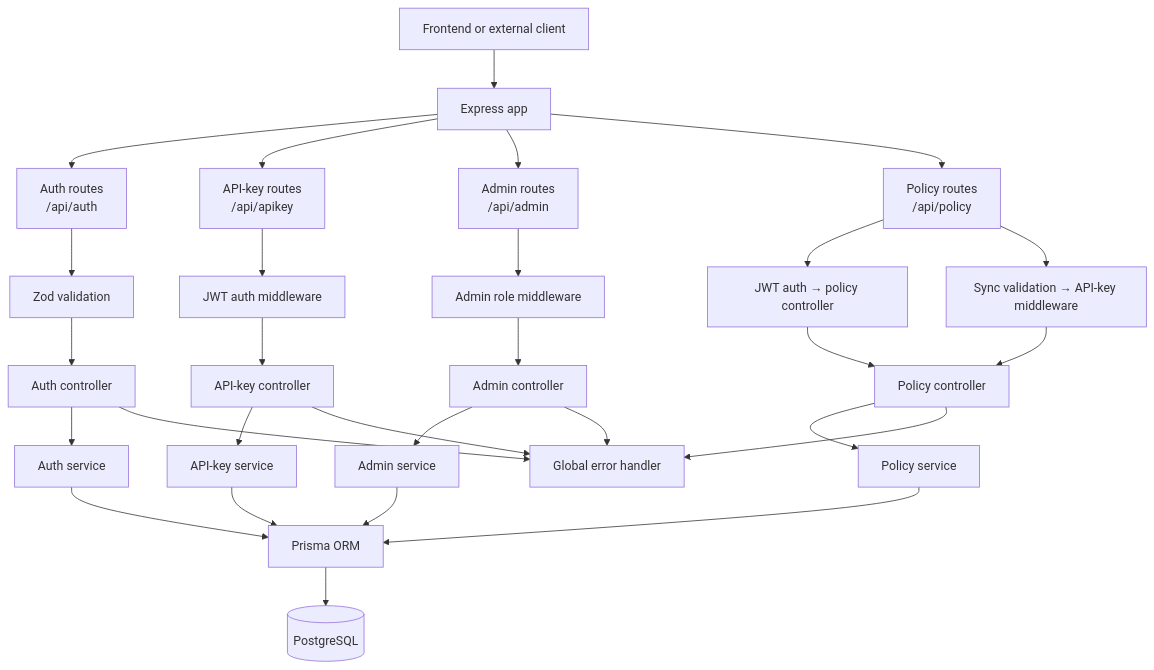
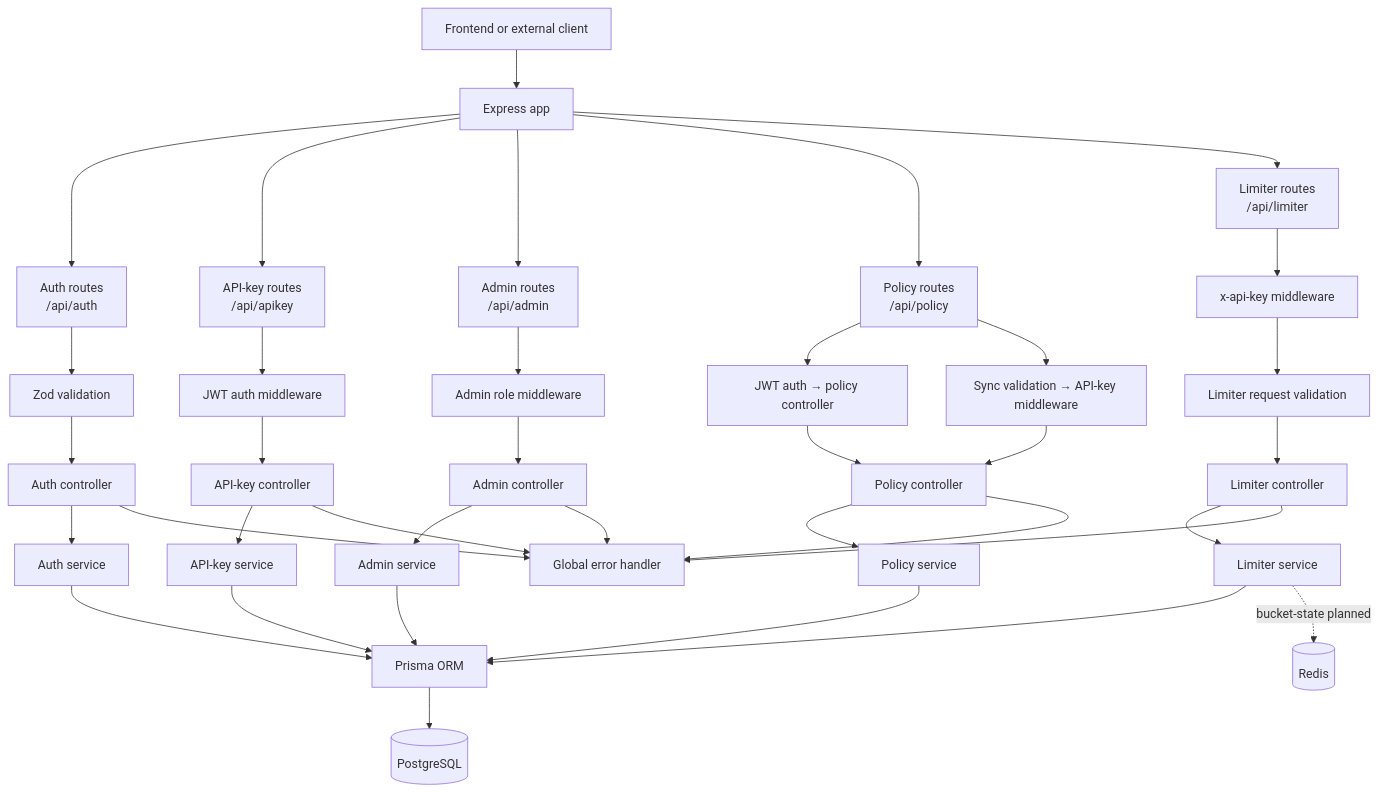
Before and after one commit to 24f2006845/Token_Bucket_Rate_limiter: the first of 3 diagrams in readme.md, drawn with Mermaid. The commit also changed other lines of this file and 3 other files, not shown here.

Commit message:
Implement limiter check functionality with policy validation and Redis integration; update README for new features

````diff
--- a/readme.md
+++ b/readme.md
@@ -48,37 +53,47 @@
 ```mermaid
 flowchart TD
     Client[Frontend or external client] --> App[Express app]
     App --> AuthRoutes[Auth routes\n/api/auth]
     App --> KeyRoutes[API-key routes\n/api/apikey]
     App --> AdminRoutes[Admin routes\n/api/admin]
     App --> PolicyRoutes[Policy routes\n/api/policy]
+    App --> LimiterRoutes[Limiter routes\n/api/limiter]
 
     AuthRoutes --> AuthValidation[Zod validation]
     AuthValidation --> AuthController[Auth controller]
     AuthController --> AuthService[Auth service]
 
     KeyRoutes --> JwtAuth[JWT auth middleware]
     JwtAuth --> KeyController[API-key controller]
     KeyController --> KeyService[API-key service]
 
     AdminRoutes --> AdminAuth[Admin role middleware]
     AdminAuth --> AdminController[Admin controller]
     AdminController --> AdminService[Admin service]
 
     PolicyRoutes --> DashboardPolicy[JWT auth → policy controller]
     PolicyRoutes --> SyncValidation[Sync validation → API-key middleware]
     DashboardPolicy --> PolicyController[Policy controller]
     SyncValidation --> PolicyController
     PolicyController --> PolicyService[Policy service]
 
+    LimiterRoutes --> LimiterKeyAuth[x-api-key middleware]
+    LimiterKeyAuth --> LimiterValidation[Limiter request validation]
+    LimiterValidation --> LimiterController[Limiter controller]
+    LimiterController --> LimiterService[Limiter service]
+
     AuthService --> Prisma[Prisma ORM]
     KeyService --> Prisma
     AdminService --> Prisma
     PolicyService --> Prisma
+    LimiterService --> Prisma
     Prisma --> Database[(PostgreSQL)]
+
+    LimiterService -. bucket-state planned .-> Redis[(Redis)]
 
     AuthController --> Errors[Global error handler]
     KeyController --> Errors
     AdminController --> Errors
     PolicyController --> Errors
+    LimiterController --> Errors
 ```
````
